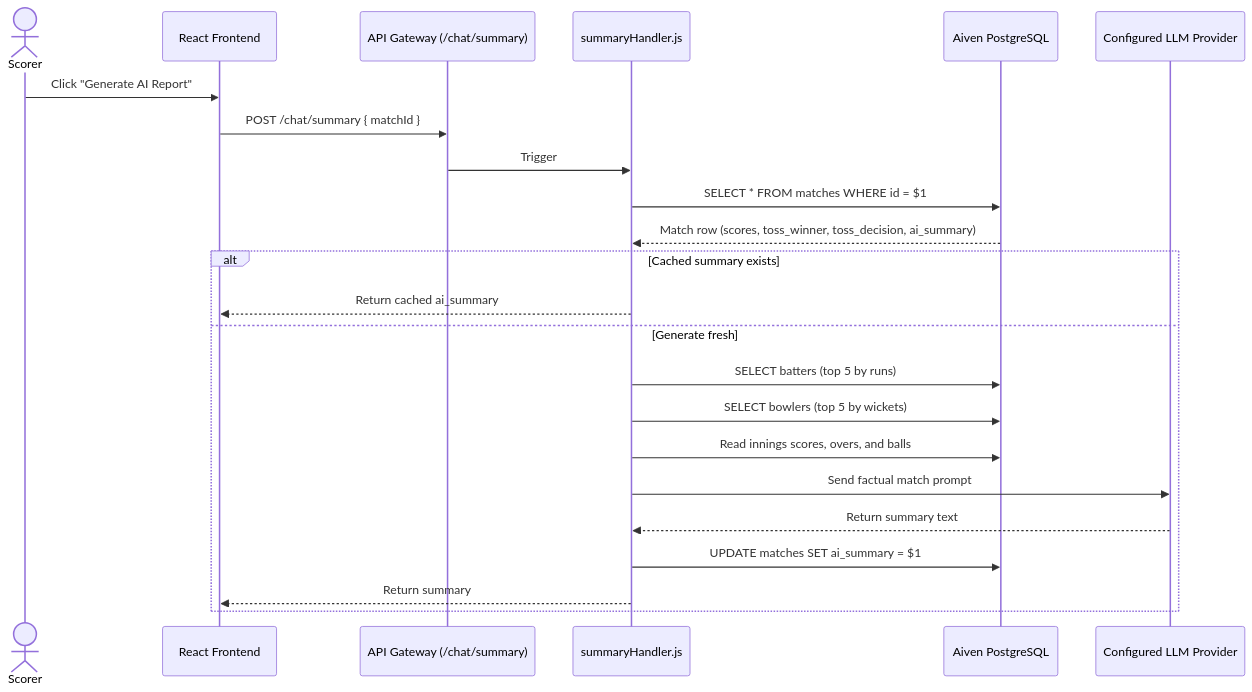
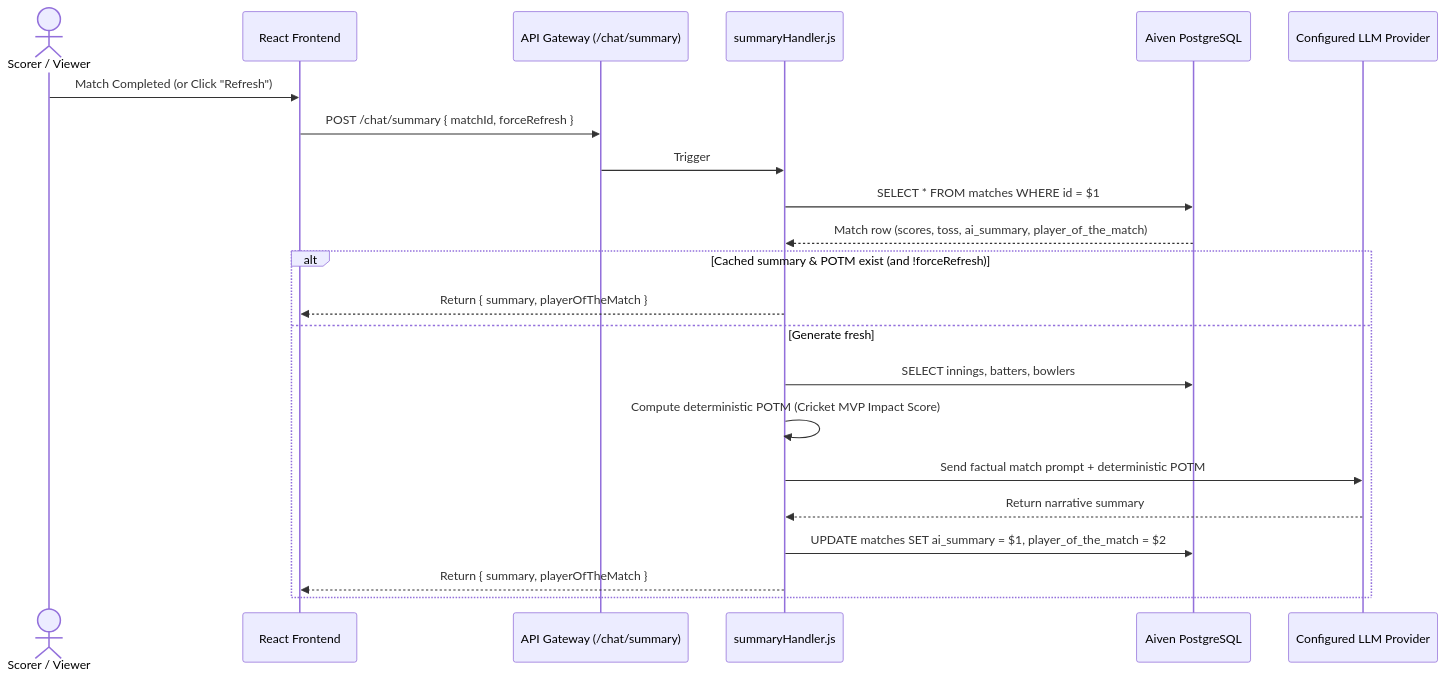
One commit to venkatesh-singamsetty/cricscore changed the second of 2 diagrams in docs/ai_architecture.md. Above: the diagram before and after it, drawn with Mermaid. The commit also changed other lines of this file and 89 other files, not shown here.

````diff
--- a/docs/ai_architecture.md
+++ b/docs/ai_architecture.md
@@ -227,28 +183,27 @@
 ```mermaid
 sequenceDiagram
-    actor Scorer
+    actor Client as Scorer / Viewer
     participant Frontend as React Frontend
     participant APIGW as API Gateway (/chat/summary)
     participant SummaryHandler as summaryHandler.js
     participant DB as Aiven PostgreSQL
     participant LLM as Configured LLM Provider
 
-    Scorer->>Frontend: Click "Generate AI Report"
-    Frontend->>APIGW: POST /chat/summary { matchId }
+    Client->>Frontend: Match Completed (or Click "Refresh")
+    Frontend->>APIGW: POST /chat/summary { matchId, forceRefresh }
     APIGW->>SummaryHandler: Trigger
 
     SummaryHandler->>DB: SELECT * FROM matches WHERE id = $1
-    DB-->>SummaryHandler: Match row (scores, toss_winner, toss_decision, ai_summary)
+    DB-->>SummaryHandler: Match row (scores, toss, ai_summary, player_of_the_match)
 
-    alt Cached summary exists
-        SummaryHandler-->>Frontend: Return cached ai_summary
+    alt Cached summary & POTM exist (and !forceRefresh)
+        SummaryHandler-->>Frontend: Return { summary, playerOfTheMatch }
     else Generate fresh
-        SummaryHandler->>DB: SELECT batters (top 5 by runs)
-        SummaryHandler->>DB: SELECT bowlers (top 5 by wickets)
-        SummaryHandler->>DB: Read innings scores, overs, and balls
-        SummaryHandler->>LLM: Send factual match prompt
-        LLM-->>SummaryHandler: Return summary text
-        SummaryHandler->>DB: UPDATE matches SET ai_summary = $1
-        SummaryHandler-->>Frontend: Return summary
+        SummaryHandler->>DB: SELECT innings, batters, bowlers
+        SummaryHandler->>SummaryHandler: Compute deterministic POTM (Cricket MVP Impact Score)
+        SummaryHandler->>LLM: Send factual match prompt + deterministic POTM
+        LLM-->>SummaryHandler: Return narrative summary
+        SummaryHandler->>DB: UPDATE matches SET ai_summary = $1, player_of_the_match = $2
+        SummaryHandler-->>Frontend: Return { summary, playerOfTheMatch }
     end
 ```
````
